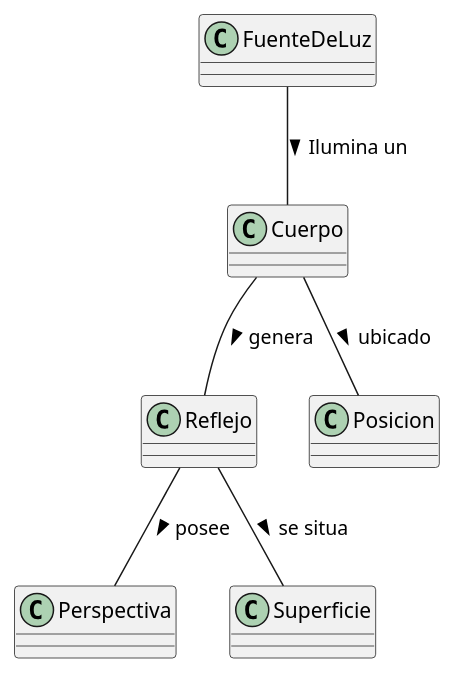
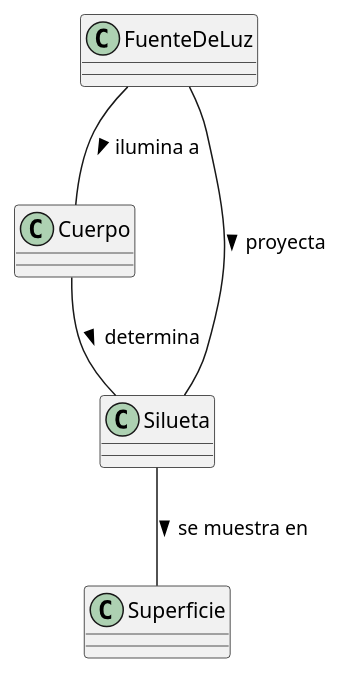
Before and after one commit to carlos-alvarado-25/26-27-idsw1: the diagram in entregas/alvaradoCarlos/modelosUML/diagramaDeClases.puml, drawn with PlantUML. The commit also changed 7 other files, not shown here.

```diff
--- a/entregas/alvaradoCarlos/modelosUML/diagramaDeClases.puml
+++ b/entregas/alvaradoCarlos/modelosUML/diagramaDeClases.puml
@@ -1,16 +1,13 @@
 @startuml
 
 class FuenteDeLuz
 class Cuerpo
-class Reflejo
-class Posicion
-class Perspectiva
+class Silueta
 class Superficie
 
-FuenteDeLuz -- Cuerpo: Ilumina un >
-Cuerpo -- Reflejo:  genera >
-Cuerpo -- Posicion:  ubicado >
-Reflejo -- Perspectiva: posee >
+FuenteDeLuz -- Cuerpo : ilumina a >
+FuenteDeLuz -- Silueta : proyecta >
+Cuerpo -- Silueta : determina >
+Silueta -- Superficie : se muestra en >
 
-Reflejo -- Superficie: se situa >
 @enduml
```
